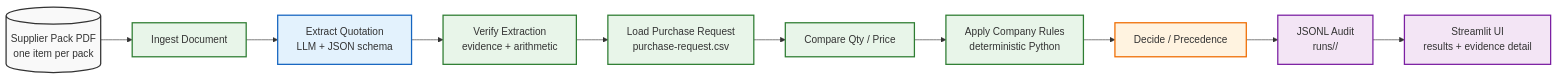
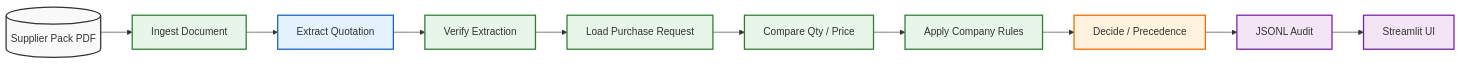
One commit to ArafathUIU/BIAI_Task1 changed the first of 7 diagrams in ARCHITECTURE.md. Above: the diagram before and after it, drawn with Mermaid. The commit also changed other lines of this file, not shown here.

Commit message:
Fix Mermaid diagram syntax errors in ARCHITECTURE.md

````diff
--- a/ARCHITECTURE.md
+++ b/ARCHITECTURE.md
@@ -11,34 +11,34 @@
 ```mermaid
 flowchart LR
     classDef default fill:#f9f9f9,stroke:#333,stroke-width:2px
     classDef llm fill:#e3f2fd,stroke:#1565c0,stroke-width:2px
     classDef code fill:#e8f5e9,stroke:#2e7d32,stroke-width:2px
     classDef gate fill:#fff3e0,stroke:#ef6c00,stroke-width:2px
     classDef store fill:#f3e5f5,stroke:#7b1fa2,stroke-width:2px
 
-    PDF[("Supplier Pack PDF<br/>one item per pack")]
+    PDF[("Supplier Pack PDF")]
     INGEST[Ingest Document]
-    EXTRACT[Extract Quotation<br/>LLM + JSON schema]
-    VERIFY[Verify Extraction<br/>evidence + arithmetic]
-    PR[Load Purchase Request<br/>purchase-request.csv]
+    EXTRACT[Extract Quotation]
+    VERIFY[Verify Extraction]
+    PR[Load Purchase Request]
     COMPARE[Compare Qty / Price]
-    RULES[Apply Company Rules<br/>deterministic Python]
+    RULES[Apply Company Rules]
     DECIDE[Decide / Precedence]
-    AUDIT[JSONL Audit<br/>runs/<timestamp>/]
-    UI[Streamlit UI<br/>results + evidence detail]
+    AUDIT[JSONL Audit]
+    UI[Streamlit UI]
 
     PDF --> INGEST
     INGEST --> EXTRACT
     EXTRACT --> VERIFY
     VERIFY --> PR
     PR --> COMPARE
     COMPARE --> RULES
     RULES --> DECIDE
     DECIDE --> AUDIT
     AUDIT --> UI
 
     class EXTRACT llm
     class INGEST,VERIFY,PR,COMPARE,RULES,DECIDE code
     class DECIDE gate
     class AUDIT,UI store
 ```
````
